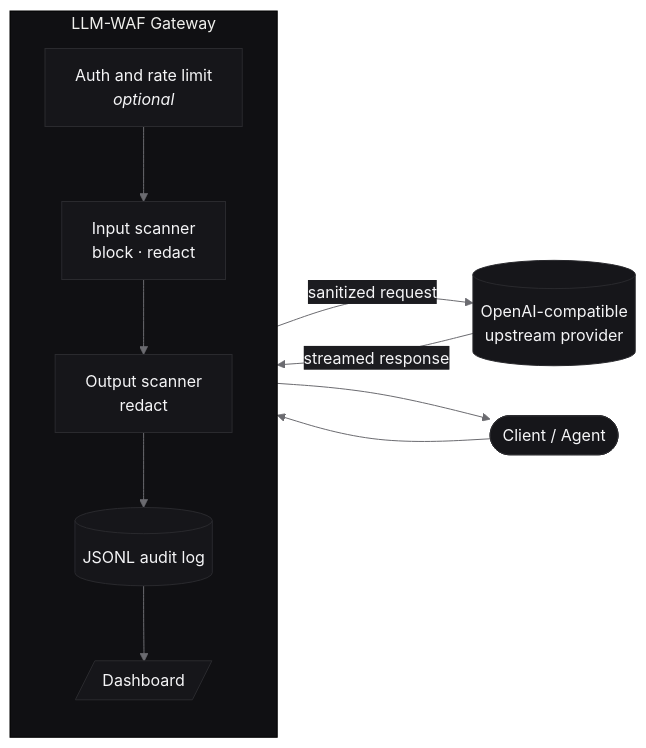
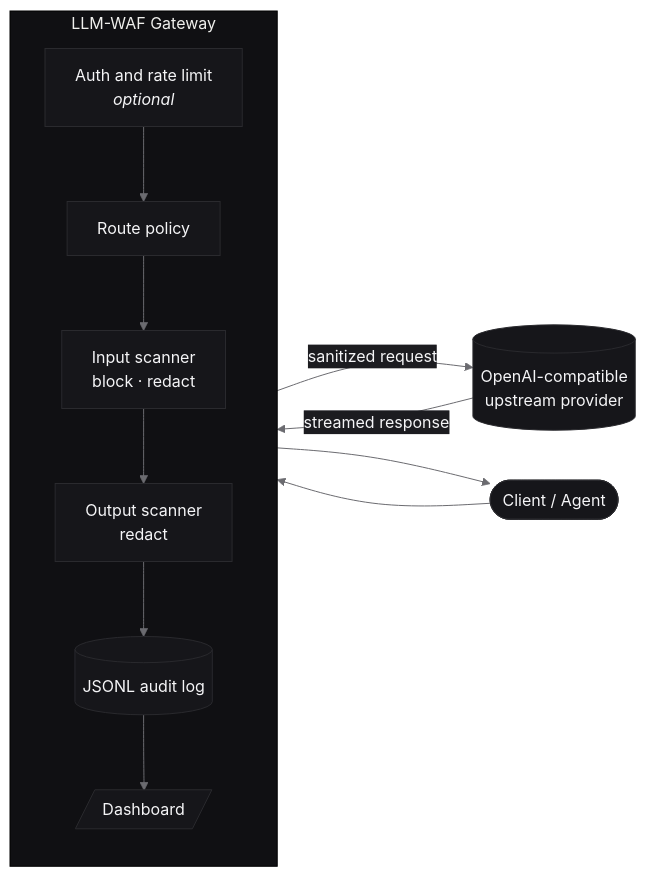
Before and after one commit to yushui2022/LLM-WAF: the first of 3 diagrams in README.md, drawn with Mermaid. The commit also changed other lines of this file, not shown here.

Commit message:
docs: document route policy configuration

````diff
--- a/README.md
+++ b/README.md
@@ -186,29 +233,30 @@
 ```mermaid
 %%{init: {'theme':'base','themeVariables':{
   'background':'#0a0a0b',
   'primaryColor':'#16161a',
   'primaryTextColor':'#f5f5f7',
   'primaryBorderColor':'#2a2a2e',
   'lineColor':'#6b6b70',
   'secondaryColor':'#1c1c20',
   'tertiaryColor':'#101013',
   'fontFamily':'ui-sans-serif, -apple-system, Segoe UI, sans-serif'
 }}}%%
 flowchart LR
     A([Client / Agent]) --> G[LLM-WAF Gateway]
 
     subgraph G [LLM-WAF Gateway]
       direction TB
       AUTH[Auth and rate limit<br/><i>optional</i>]
+      POL[Route policy]
       IN[Input scanner<br/>block · redact]
       OUT[Output scanner<br/>redact]
       LOG[(JSONL audit log)]
       DASH[/Dashboard/]
-      AUTH --> IN --> OUT
+      AUTH --> POL --> IN --> OUT
       OUT --> LOG --> DASH
     end
 
     G -->|sanitized request| U[(OpenAI-compatible<br/>upstream provider)]
     U -->|streamed response| G
     G --> A
 ```
````
